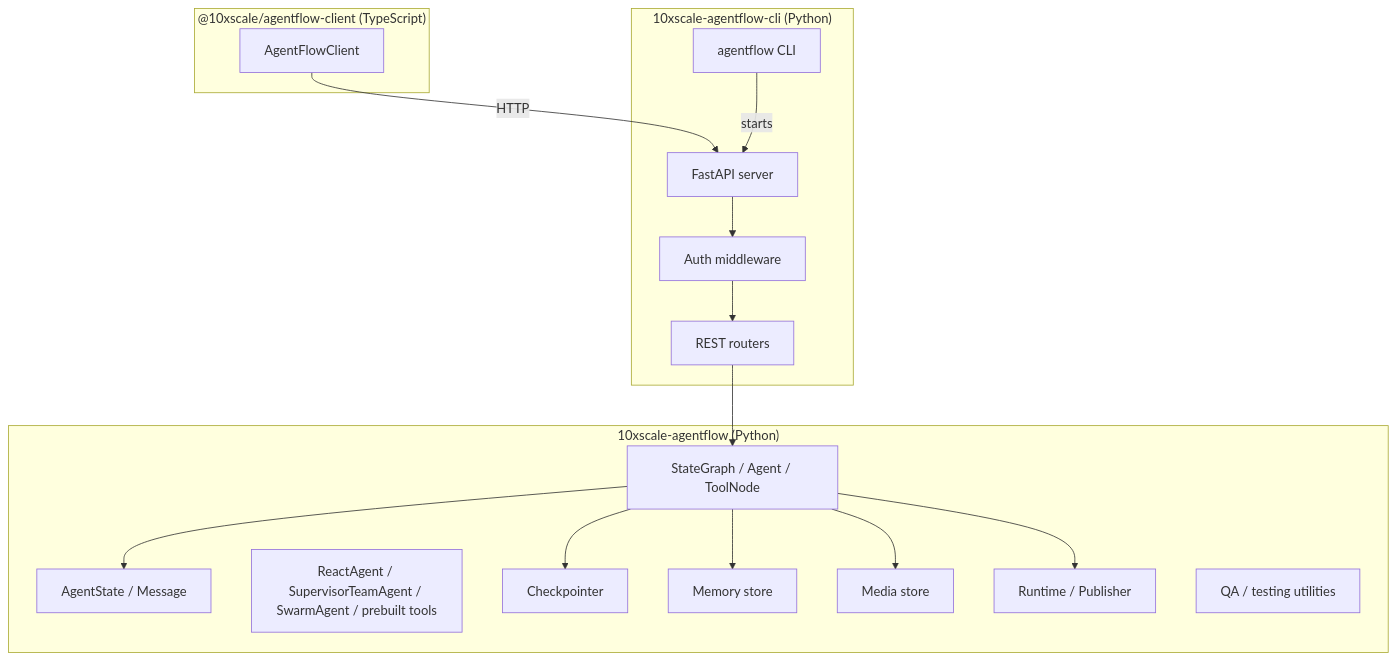
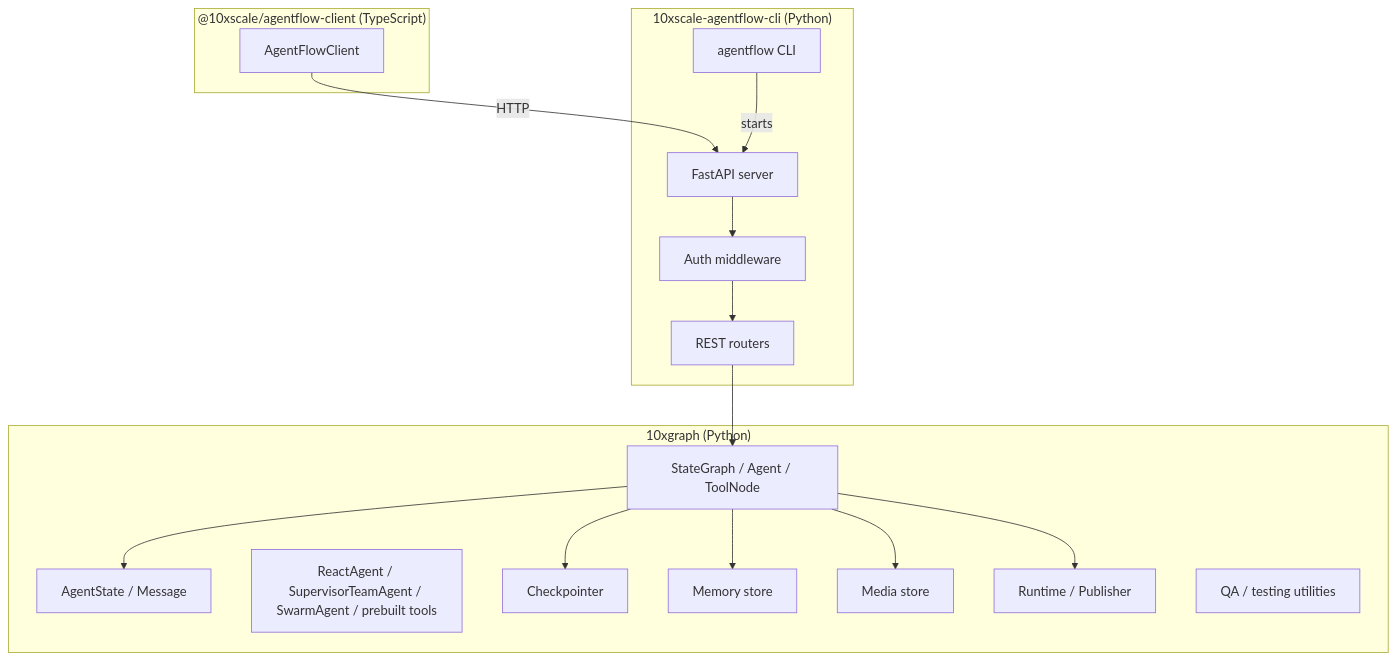
Before and after one commit to 10xHub/agentflow-docs: the first of 2 diagrams in src/content/docs/concepts/architecture.md, drawn with Mermaid. The commit also changed other lines of this file and 237 other files, not shown here.

````diff
--- a/src/content/docs/concepts/architecture.md
+++ b/src/content/docs/concepts/architecture.md
@@ -16,35 +16,35 @@
 ```mermaid
 flowchart TB
   subgraph Client["@10xscale/agentflow-client (TypeScript)"]
     TS[AgentFlowClient]
   end
 
   subgraph Server["10xscale-agentflow-cli (Python)"]
     CLI[agentflow CLI]
     API[FastAPI server]
     Auth[Auth middleware]
     Routers[REST routers]
   end
 
-  subgraph Core["10xscale-agentflow (Python)"]
+  subgraph Core["10xgraph (Python)"]
     Graph[StateGraph / Agent / ToolNode]
     State[AgentState / Message]
     Prebuilt[ReactAgent / SupervisorTeamAgent / SwarmAgent / prebuilt tools]
     Checkpointer[Checkpointer]
     Store[Memory store]
     Media[Media store]
     Runtime[Runtime / Publisher]
     QA[QA / testing utilities]
   end
 
   TS -->|HTTP| API
   CLI -->|starts| API
   API --> Auth
   Auth --> Routers
   Routers --> Graph
   Graph --> State
   Graph --> Checkpointer
   Graph --> Store
   Graph --> Media
   Graph --> Runtime
 ```
````
